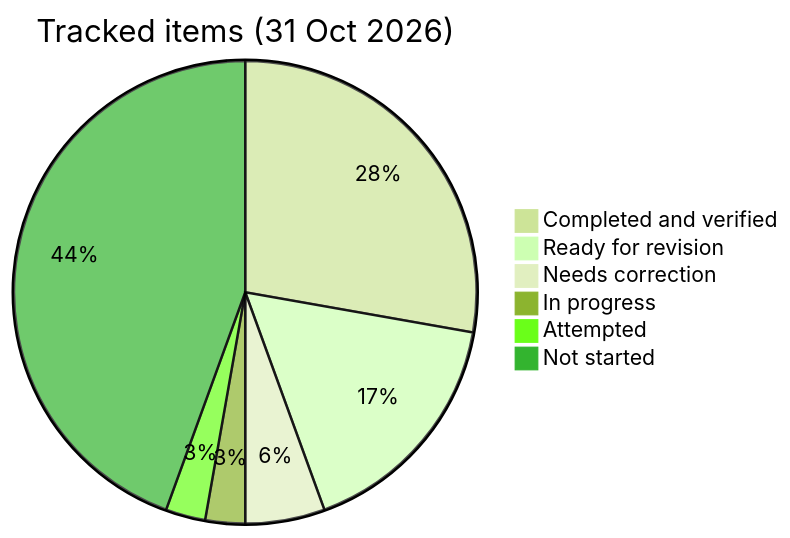
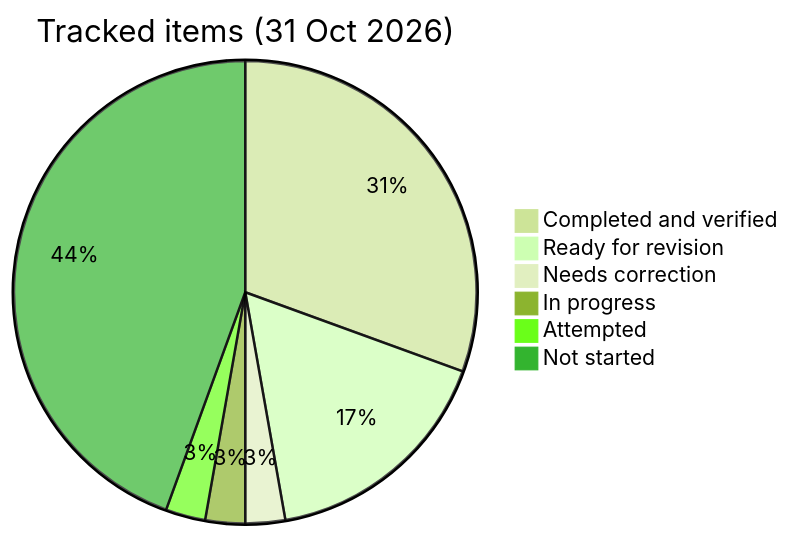
Before and after one commit to PrashantSury/java-switch-journey: the diagram in PROGRESS.md, drawn with Mermaid (forest theme). The commit also changed other lines of this file and 3 other files, not shown here.

````diff
--- a/PROGRESS.md
+++ b/PROGRESS.md
@@ -142,9 +143,9 @@
 ```mermaid
 pie title Tracked items (31 Oct 2026)
-  "Completed and verified" : 10
+  "Completed and verified" : 11
   "Ready for revision" : 6
-  "Needs correction" : 2
+  "Needs correction" : 1
   "In progress" : 1
   "Attempted" : 1
   "Not started" : 16
 ```
````
